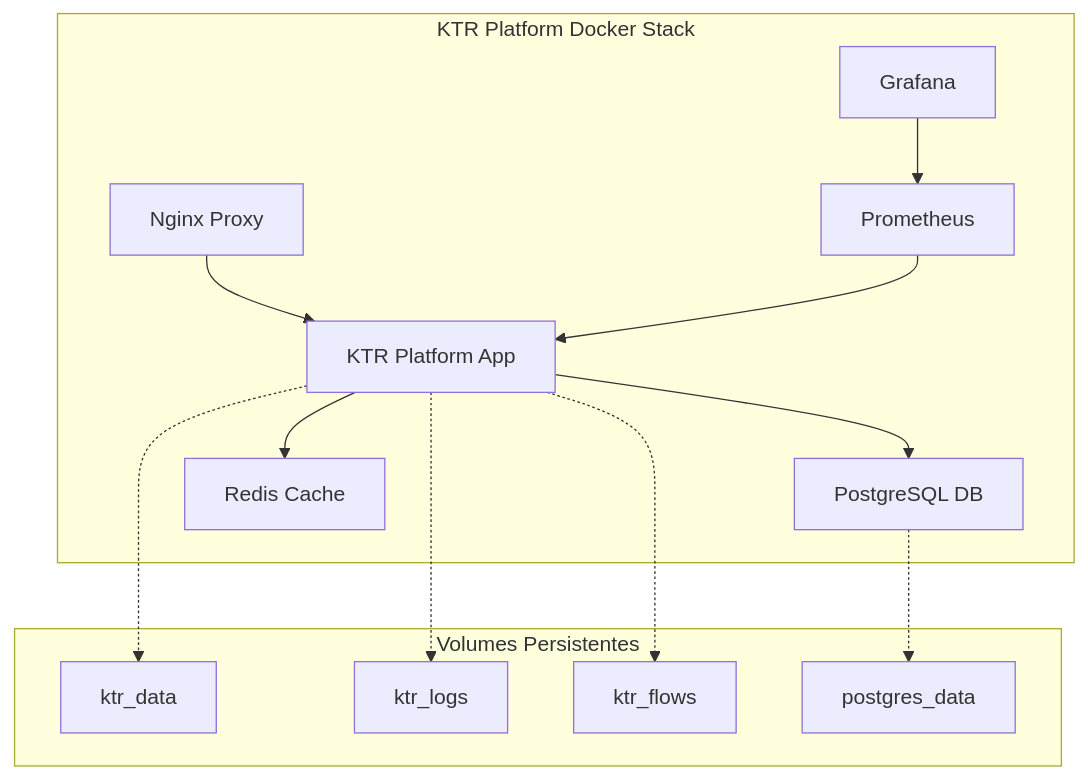
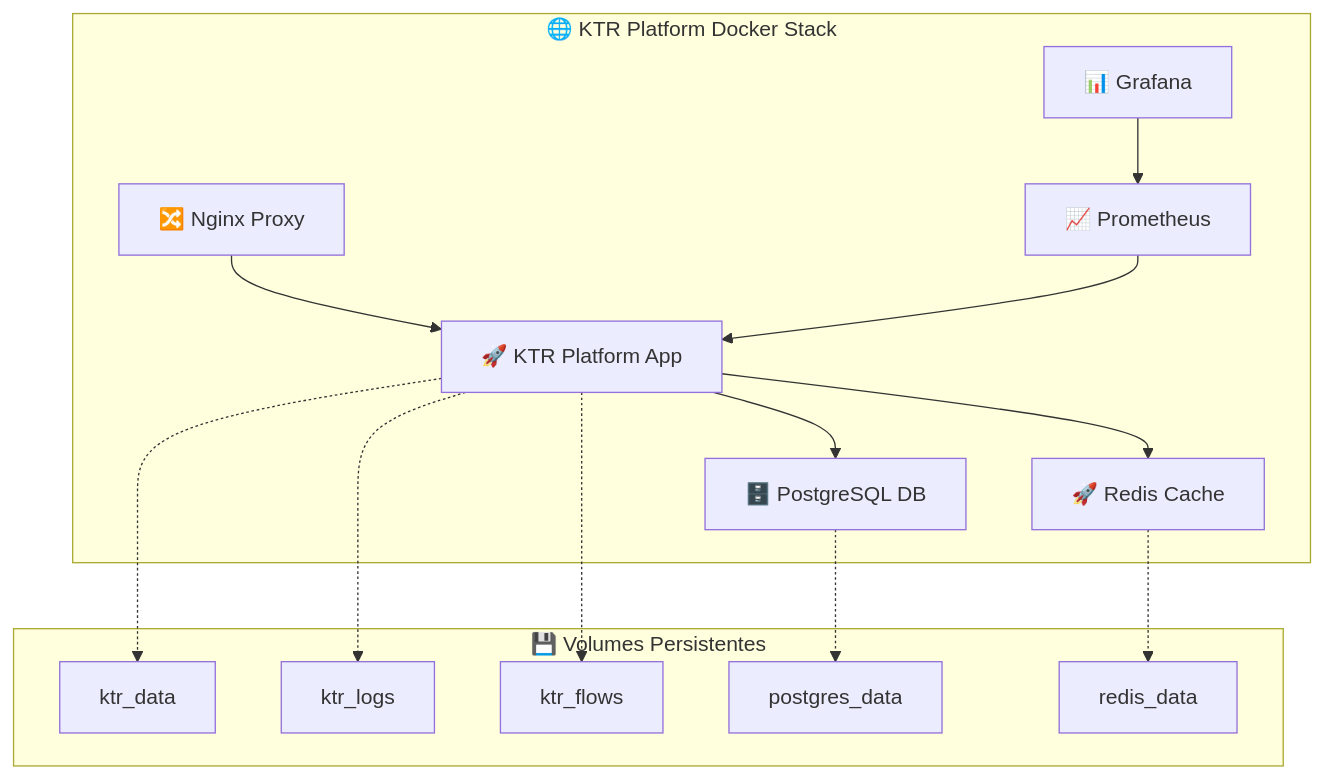
The diagram in ktr_platform/README_DOCKER.md (lmottta/ktr_migrator), drawn with Mermaid before and after one commit. The commit also changed other lines of this file and 2 other files, not shown here.

````diff
--- a/ktr_platform/README_DOCKER.md
+++ b/ktr_platform/README_DOCKER.md
@@ -18,22 +30,24 @@
 ```mermaid
 graph TB
-    subgraph "KTR Platform Docker Stack"
-        A[Nginx Proxy] --> B[KTR Platform App]
-        B --> C[PostgreSQL DB]
-        B --> D[Redis Cache]
-        E[Prometheus] --> B
-        F[Grafana] --> E
+    subgraph "🌐 KTR Platform Docker Stack"
+        A[🔀 Nginx Proxy] --> B[🚀 KTR Platform App]
+        B --> C[🗄️ PostgreSQL DB]
+        B --> D[🚀 Redis Cache]
+        E[📈 Prometheus] --> B
+        F[📊 Grafana] --> E
     end
     
-    subgraph "Volumes Persistentes"
+    subgraph "💾 Volumes Persistentes"
         G[ktr_data]
         H[ktr_logs]
         I[ktr_flows]
         J[postgres_data]
+        K[redis_data]
     end
     
     B -.-> G
     B -.-> H
     B -.-> I
     C -.-> J
+    D -.-> K
 ```
````
